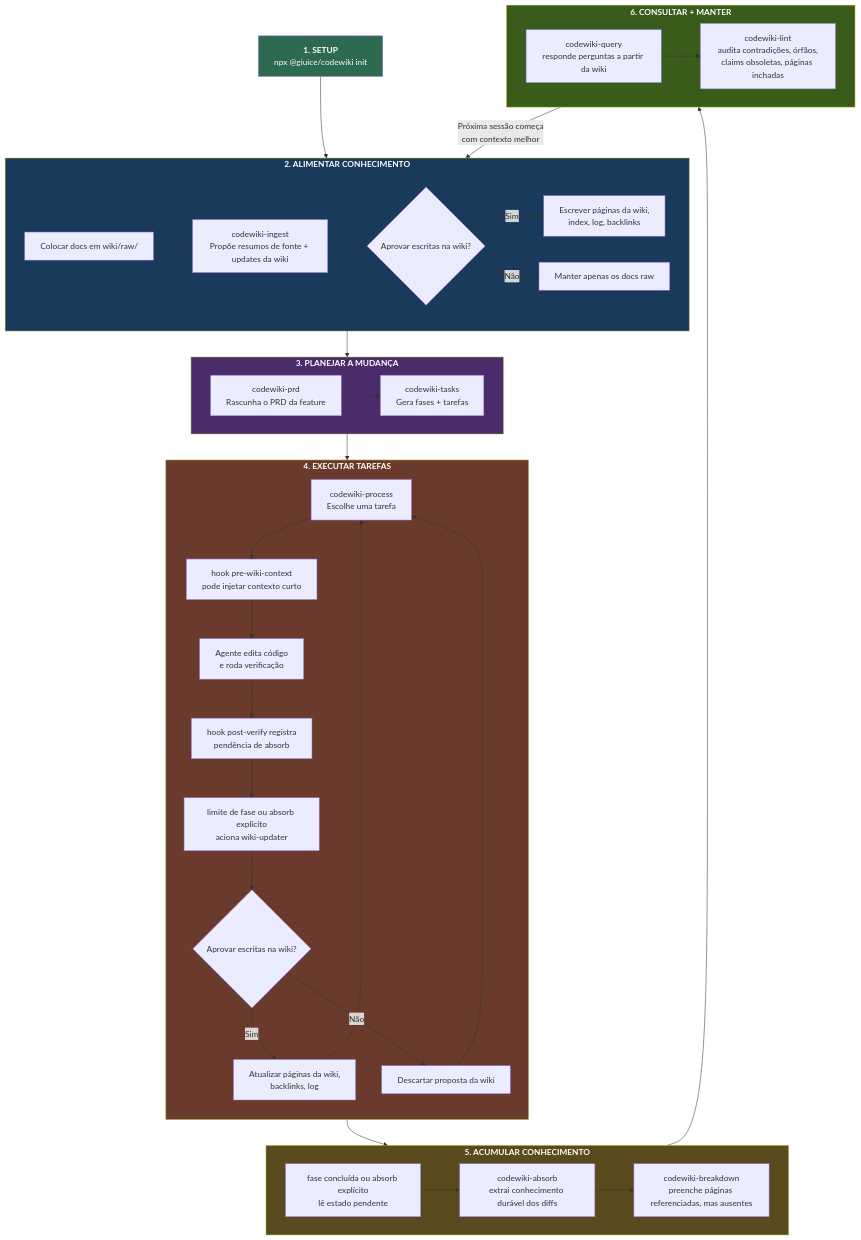
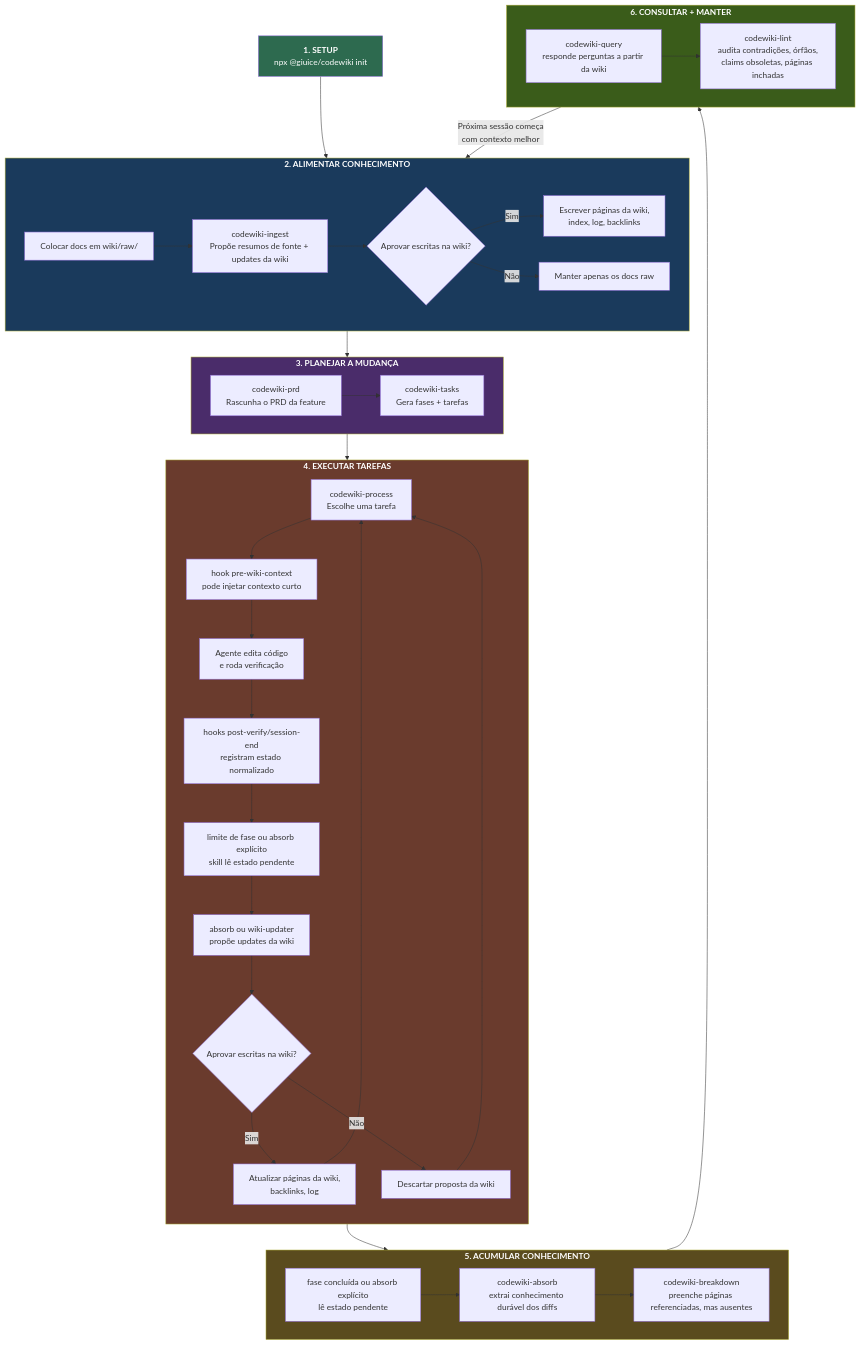
The first of 2 diagrams in README.pt-BR.md (giuice/CodeWiki), drawn with Mermaid before and after one commit. The commit also changed other lines of this file and 44 other files, not shown here.

````diff
--- a/README.pt-BR.md
+++ b/README.pt-BR.md
@@ -27,58 +29,59 @@
 ```mermaid
 flowchart TD
   Init["<b>1. SETUP</b><br/>npx @giuice/codewiki init"] --> Feed
 
   subgraph Feed["<b>2. ALIMENTAR CONHECIMENTO</b>"]
     direction LR
     F1["Colocar docs em wiki/raw/"] --> F2["codewiki-ingest<br/>Propõe resumos de fonte + updates da wiki"]
     F2 --> F3{"Aprovar escritas na wiki?"}
     F3 -- "Sim" --> F4["Escrever páginas da wiki,<br/>index, log, backlinks"]
     F3 -- "Não" --> F5["Manter apenas os docs raw"]
   end
 
   Feed --> Plan
 
   subgraph Plan["<b>3. PLANEJAR A MUDANÇA</b>"]
     direction LR
     P1["codewiki-prd<br/>Rascunha o PRD da feature"] --> P2["codewiki-tasks<br/>Gera fases + tarefas"]
   end
 
   Plan --> Build
 
   subgraph Build["<b>4. EXECUTAR TAREFAS</b>"]
     direction TB
     B1["codewiki-process<br/>Escolhe uma tarefa"] --> B2["hook pre-wiki-context<br/>pode injetar contexto curto"]
     B2 --> B3["Agente edita código<br/>e roda verificação"]
-    B3 --> B4["hook post-verify registra<br/>pendência de absorb"]
-    B4 --> B5["limite de fase ou absorb explícito<br/>aciona wiki-updater"]
-    B5 --> B6{"Aprovar escritas na wiki?"}
-    B6 -- "Sim" --> B7["Atualizar páginas da wiki,<br/>backlinks, log"]
-    B6 -- "Não" --> B8["Descartar proposta da wiki"]
-    B7 --> B1
+    B3 --> B4["hooks post-verify/session-end<br/>registram estado normalizado"]
+    B4 --> B5["limite de fase ou absorb explícito<br/>skill lê estado pendente"]
+    B5 --> B6["absorb ou wiki-updater<br/>propõe updates da wiki"]
+    B6 --> B7{"Aprovar escritas na wiki?"}
+    B7 -- "Sim" --> B8["Atualizar páginas da wiki,<br/>backlinks, log"]
+    B7 -- "Não" --> B9["Descartar proposta da wiki"]
     B8 --> B1
+    B9 --> B1
   end
 
   Build --> Compound
 
   subgraph Compound["<b>5. ACUMULAR CONHECIMENTO</b>"]
     direction LR
     C1["fase concluída ou absorb explícito<br/>lê estado pendente"] --> C2["codewiki-absorb<br/>extrai conhecimento durável dos diffs"]
     C2 --> C3["codewiki-breakdown<br/>preenche páginas referenciadas, mas ausentes"]
   end
 
   Compound --> Maintain
 
   subgraph Maintain["<b>6. CONSULTAR + MANTER</b>"]
     direction LR
     M1["codewiki-query<br/>responde perguntas a partir da wiki"] --> M2["codewiki-lint<br/>audita contradições, órfãos,<br/>claims obsoletas, páginas inchadas"]
   end
 
   Maintain -->|"Próxima sessão começa<br/>com contexto melhor"| Feed
 
   style Init fill:#2d6a4f,color:#fff
   style Feed fill:#1a3a5c,color:#fff
   style Plan fill:#4a2c6a,color:#fff
   style Build fill:#6a3b2d,color:#fff
   style Compound fill:#5a4b1e,color:#fff
   style Maintain fill:#3a5c1a,color:#fff
 ```
````
